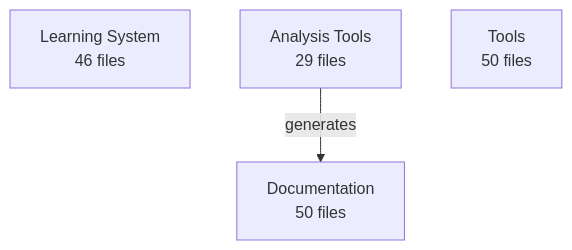
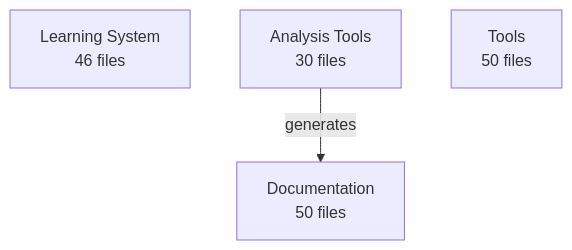
The diagram in docs/data/architecture/architecture.mmd (enufacas/Chained), drawn with Mermaid before and after one commit. The commit also changed 6 other files, not shown here.

First line of the commit message:
🏗️ Update architecture evolution tracking

```diff
--- a/docs/data/architecture/architecture.mmd
+++ b/docs/data/architecture/architecture.mmd
@@ -1,6 +1,6 @@
 graph TD
     learning_system[Learning System<br/>46 files]
-    analysis_tools[Analysis Tools<br/>29 files]
+    analysis_tools[Analysis Tools<br/>30 files]
     documentation[Documentation<br/>50 files]
     tools[Tools<br/>50 files]
     analysis_tools -->|generates| documentation
```
